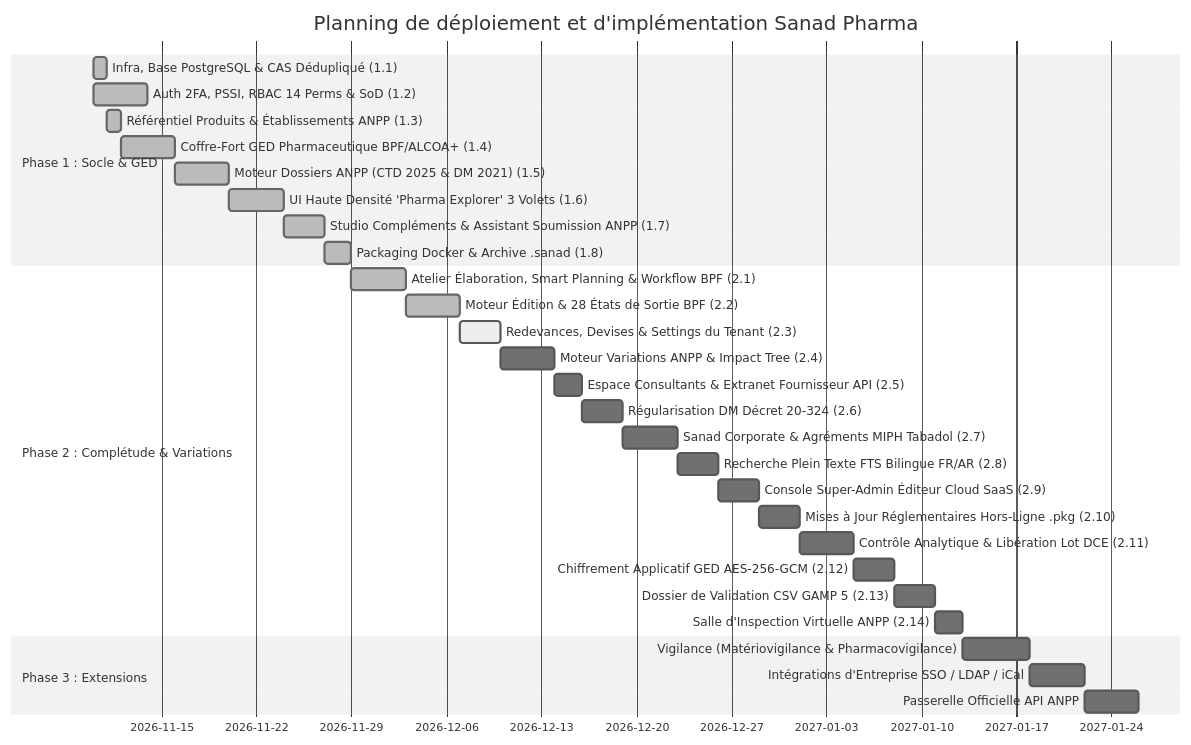
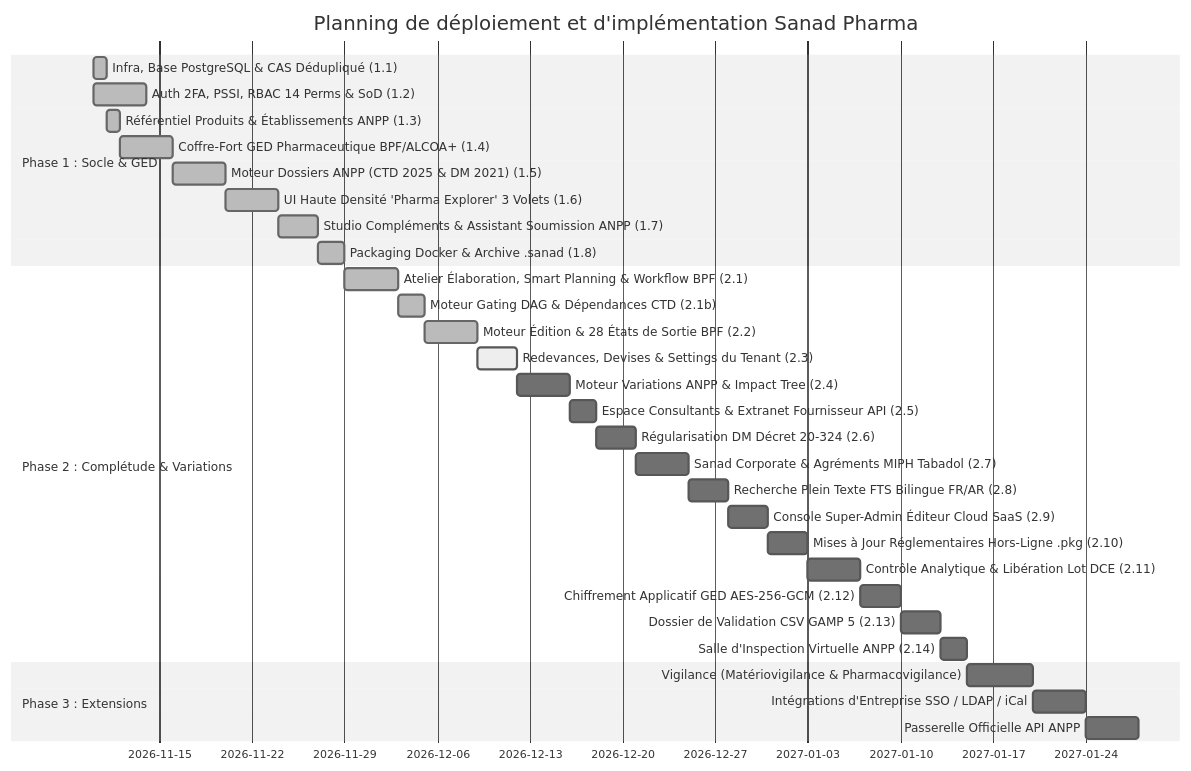
Before and after one commit to aassr1965/homolog: the diagram in docs/roadmap.md, drawn with Mermaid (neutral theme). The commit also changed other lines of this file and 1 other file, not shown here.

Commit message:
docs(roadmap): synchronisation Jalon 2.1b (Gating DAG 5 Phases & Dépendances CTD)

````diff
--- a/docs/roadmap.md
+++ b/docs/roadmap.md
@@ -23,33 +23,34 @@
 ```mermaid
 gantt
     title Planning de déploiement et d'implémentation Sanad Pharma
     dateFormat  YYYY-MM-DD
     section Phase 1 : Socle & GED
     Infra, Base PostgreSQL & CAS Dédupliqué (1.1)    :done, p1_1, 2026-11-10, 1d
     Auth 2FA, PSSI, RBAC 14 Perms & SoD (1.2)        :done, p1_2, 2026-11-10, 4d
     Référentiel Produits & Établissements ANPP (1.3) :done, p1_3, 2026-11-11, 1d
     Coffre-Fort GED Pharmaceutique BPF/ALCOA+ (1.4)  :done, p1_4, after p1_3, 4d
     Moteur Dossiers ANPP (CTD 2025 & DM 2021) (1.5)  :done, p1_5, after p1_4, 4d
     UI Haute Densité 'Pharma Explorer' 3 Volets (1.6):done, p1_6, after p1_5, 4d
     Studio Compléments & Assistant Soumission ANPP (1.7) :done, p1_7, after p1_6, 3d
     Packaging Docker & Archive .sanad (1.8)          :done, p1_8, after p1_7, 2d
     section Phase 2 : Complétude & Variations
     Atelier Élaboration, Smart Planning & Workflow BPF (2.1):done, p2_1, after p1_8, 4d
-    Moteur Édition & 28 États de Sortie BPF (2.2)    :done, p2_2, after p2_1, 4d
+    Moteur Gating DAG & Dépendances CTD (2.1b)       :done, p2_1b, after p2_1, 2d
+    Moteur Édition & 28 États de Sortie BPF (2.2)    :done, p2_2, after p2_1b, 4d
     Redevances, Devises & Settings du Tenant (2.3)   :active, p2_3, after p2_2, 3d
     Moteur Variations ANPP & Impact Tree (2.4)       :p2_4, after p2_3, 4d
     Espace Consultants & Extranet Fournisseur API (2.5):p2_5, after p2_4, 2d
     Régularisation DM Décret 20-324 (2.6)            :p2_6, after p2_5, 3d
     Sanad Corporate & Agréments MIPH Tabadol (2.7)   :p2_7, after p2_6, 4d
     Recherche Plein Texte FTS Bilingue FR/AR (2.8)   :p2_8, after p2_7, 3d
     Console Super-Admin Éditeur Cloud SaaS (2.9)     :p2_9, after p2_8, 3d
     Mises à Jour Réglementaires Hors-Ligne .pkg (2.10):p2_10, after p2_9, 3d
     Contrôle Analytique & Libération Lot DCE (2.11)  :p2_11, after p2_10, 4d
     Chiffrement Applicatif GED AES-256-GCM (2.12)   :p2_12, after p2_11, 3d
     Dossier de Validation CSV GAMP 5 (2.13)          :p2_13, after p2_12, 3d
     Salle d'Inspection Virtuelle ANPP (2.14)         :p2_14, after p2_13, 2d
     section Phase 3 : Extensions
     Vigilance (Matériovigilance & Pharmacovigilance) :p3_1, after p2_14, 5d
     Intégrations d'Entreprise SSO / LDAP / iCal      :p3_2, after p3_1, 4d
     Passerelle Officielle API ANPP                   :p3_3, after p3_2, 4d
 ```
````
